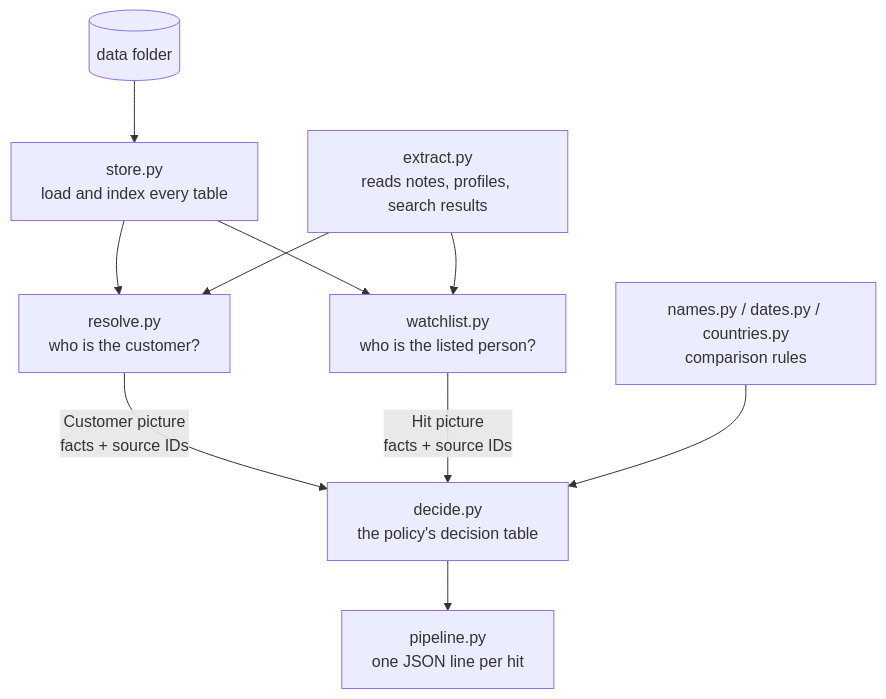
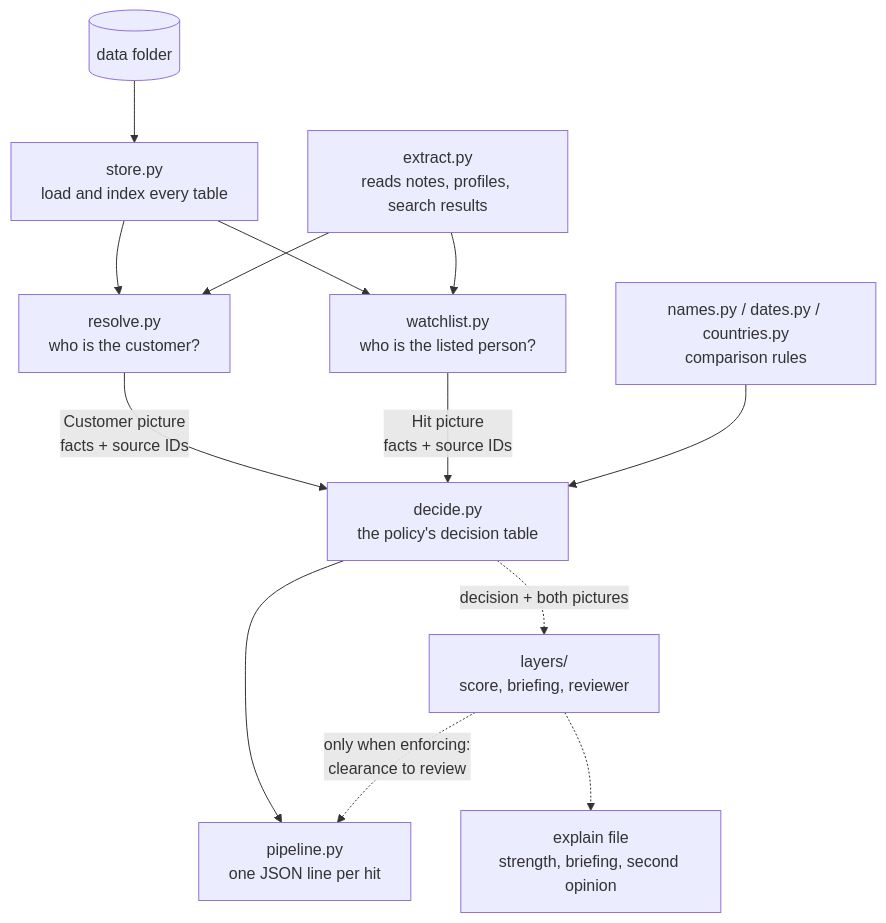
One commit to justinz75/Grok-Bot-Financial-Crime-Hackathon changed the diagram in system/README.md. Above: the diagram before and after it, drawn with Mermaid. The commit also changed other lines of this file and 6 other files, not shown here.

First line of the commit message:
Add the score and briefing layers and 26 end-to-end rare-case tests

````diff
--- a/system/README.md
+++ b/system/README.md
@@ -15,12 +17,15 @@
 ```mermaid
 flowchart TD
     D[(data folder)] --> S[store.py<br/>load and index every table]
     S --> RC[resolve.py<br/>who is the customer?]
     S --> RH[watchlist.py<br/>who is the listed person?]
     RC -->|Customer picture<br/>facts + source IDs| DE[decide.py<br/>the policy's decision table]
     RH -->|Hit picture<br/>facts + source IDs| DE
     X[extract.py<br/>reads notes, profiles, search results] --> RC
     X --> RH
     N[names.py / dates.py / countries.py<br/>comparison rules] --> DE
     DE --> O[pipeline.py<br/>one JSON line per hit]
+    DE -.->|decision + both pictures| L[layers/<br/>score, briefing, reviewer]
+    L -.-> E[explain file<br/>strength, briefing, second opinion]
+    L -.->|only when enforcing:<br/>clearance to review| O
 ```
````
